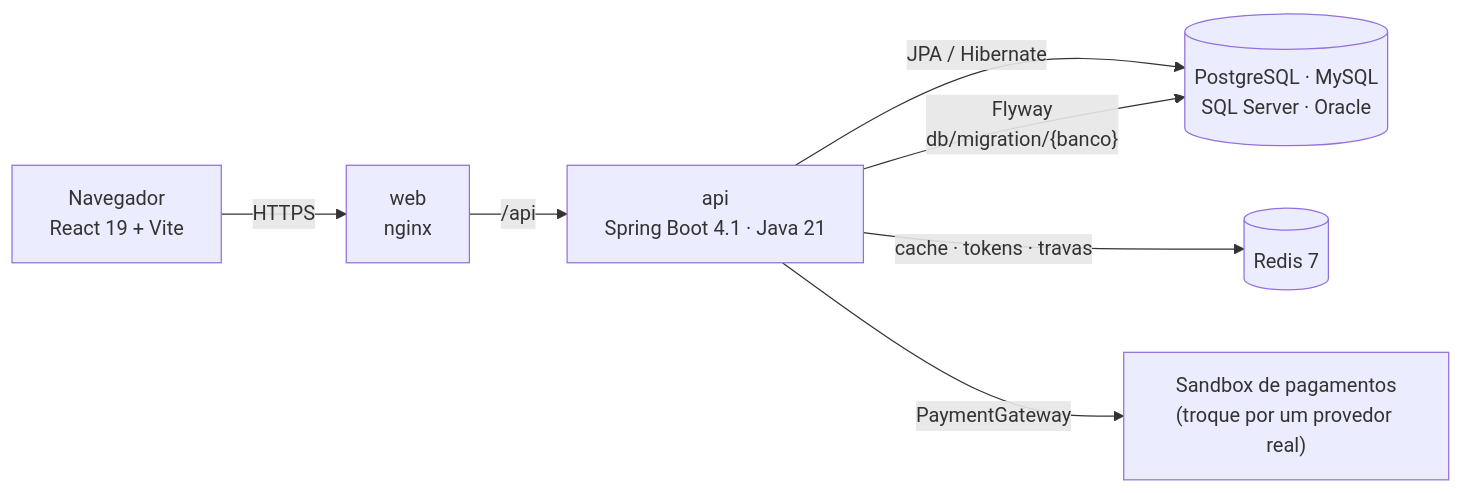
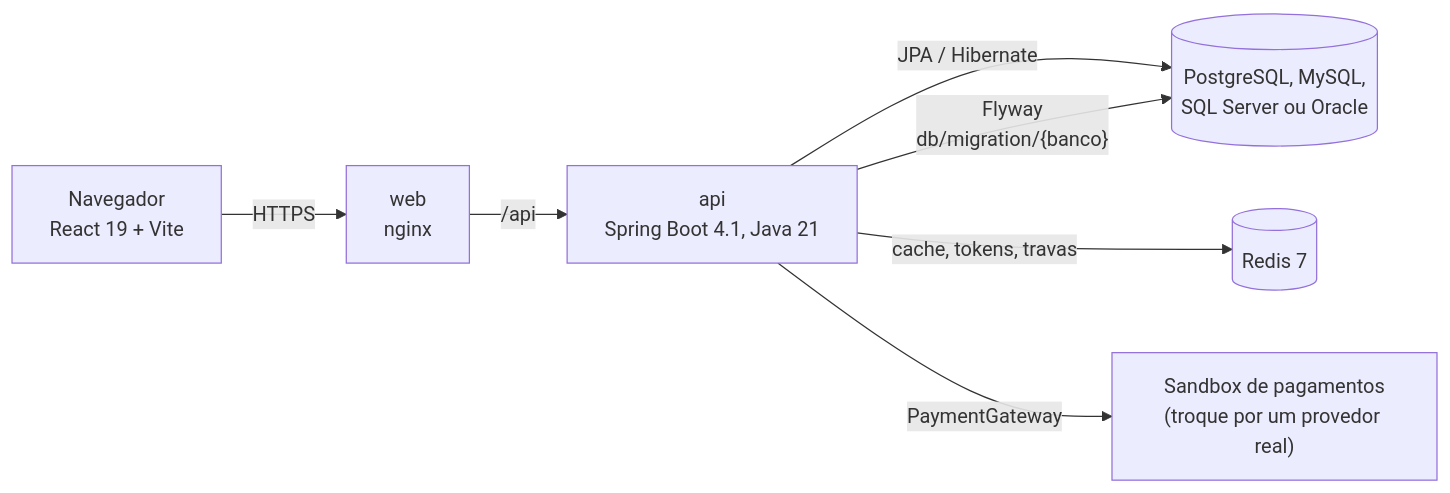
One commit to Violet-pixel/Online-Bookstore-Platform changed the diagram in README.md. Above: the diagram before and after it, drawn with Mermaid. The commit also changed other lines of this file and 75 other files, not shown here.

````diff
--- a/README.md
+++ b/README.md
@@ -44,9 +201,9 @@
 ```mermaid
 flowchart LR
     UI["Navegador<br/>React 19 + Vite"] -- "HTTPS" --> WEB["web<br/>nginx"]
-    WEB -- "/api" --> API["api<br/>Spring Boot 4.1 · Java 21"]
-    API -- "JPA / Hibernate" --> DB[("PostgreSQL · MySQL<br/>SQL Server · Oracle")]
+    WEB -- "/api" --> API["api<br/>Spring Boot 4.1, Java 21"]
+    API -- "JPA / Hibernate" --> DB[("PostgreSQL, MySQL,<br/>SQL Server ou Oracle")]
     API -- "Flyway<br/>db/migration/{banco}" --> DB
-    API -- "cache · tokens · travas" --> RS[("Redis 7")]
+    API -- "cache, tokens, travas" --> RS[("Redis 7")]
     API -- "PaymentGateway" --> PAY["Sandbox de pagamentos<br/>(troque por um provedor real)"]
 ```
````
